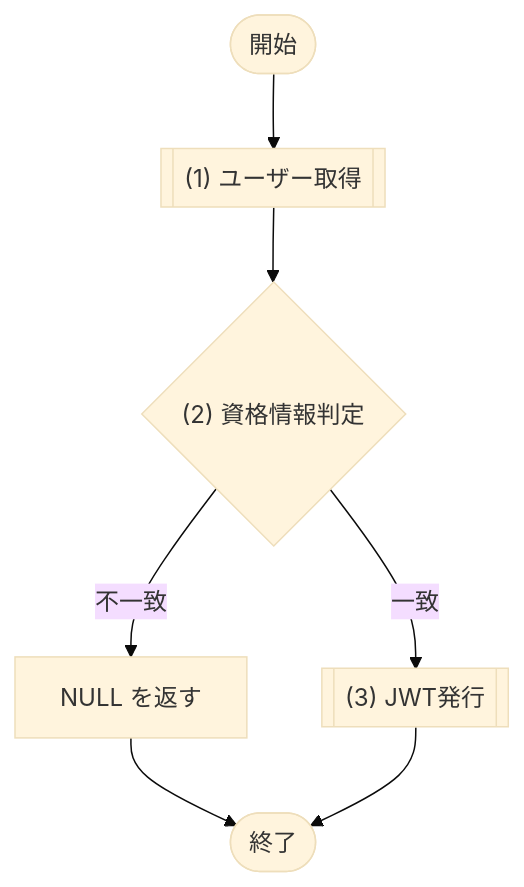
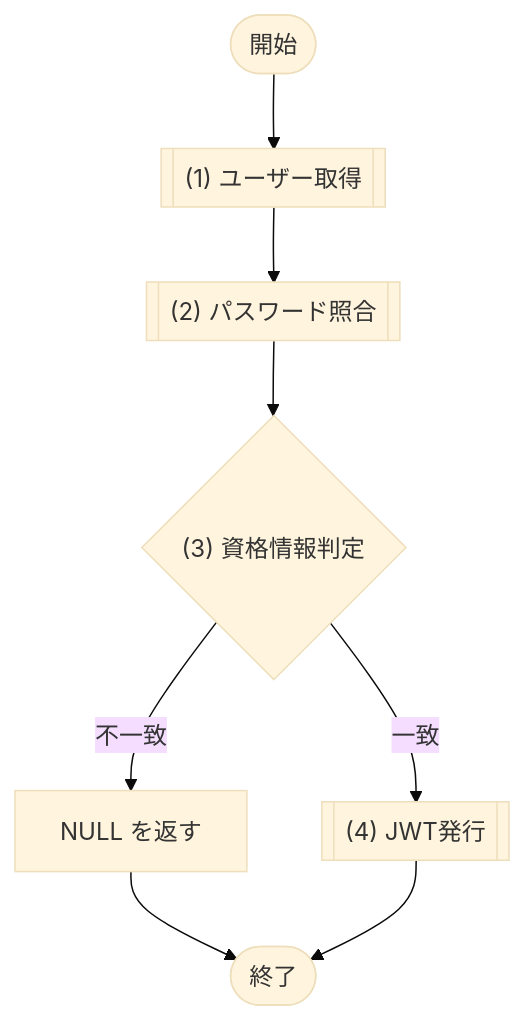
Before and after one commit to sikakou54/system-document-template: the first of 2 diagrams in docs/03_機能設計/05_モジュール設計/MOD-001_認証サービス.md, drawn with Mermaid (base theme). The commit also changed other lines of this file and 15 other files, not shown here.

````diff
--- a/docs/03_機能設計/05_モジュール設計/MOD-001_認証サービス.md
+++ b/docs/03_機能設計/05_モジュール設計/MOD-001_認証サービス.md
@@ -53,13 +53,14 @@
 ```mermaid
 flowchart TD
   Start([開始])
   P1[["(1) ユーザー取得"]]
-  D1{"(2) 資格情報判定"}
-  P2[["(3) JWT発行"]]
+  P2[["(2) パスワード照合"]]
+  D1{"(3) 資格情報判定"}
+  P3[["(4) JWT発行"]]
   E1["NULL を返す"]
   End([終了])
 
-  Start --> P1 --> D1
+  Start --> P1 --> P2 --> D1
   D1 -- "不一致" --> E1 --> End
-  D1 -- "一致" --> P2 --> End
+  D1 -- "一致" --> P3 --> End
 ```
````
